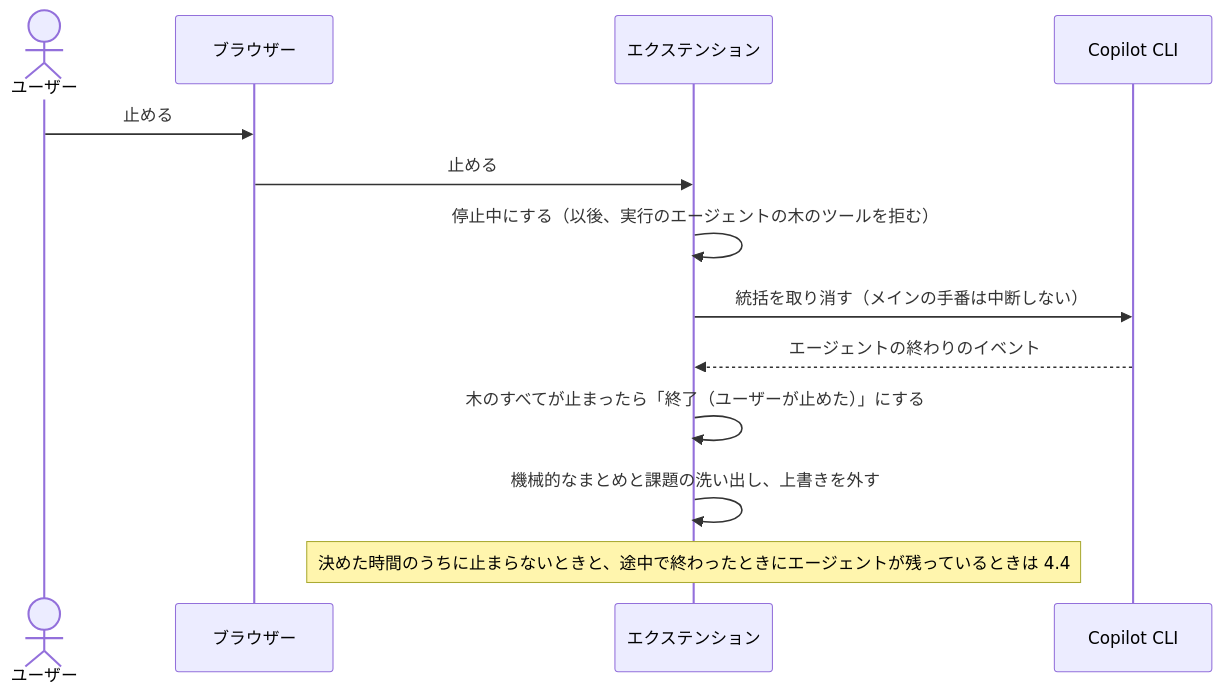
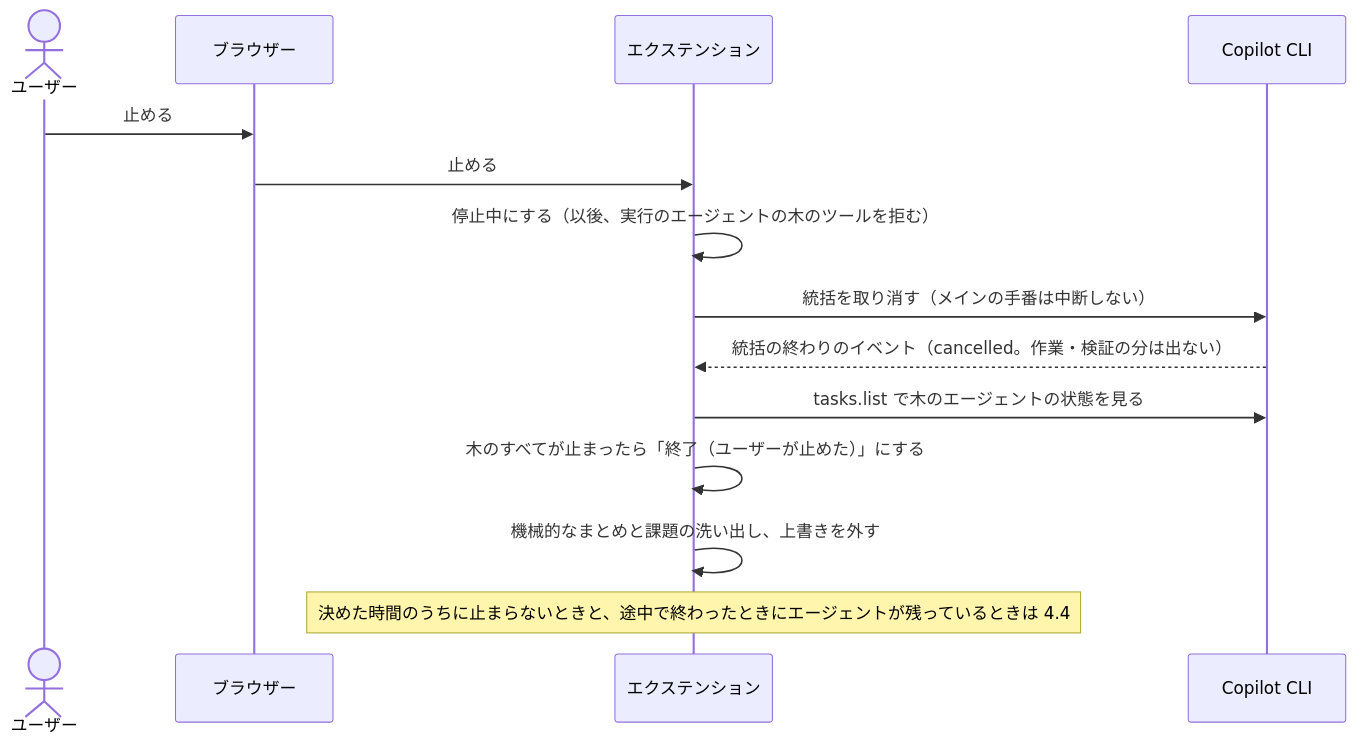
The third of 4 diagrams in docs/design/generated-plugin-structure.md (imaeda-hub/plugin-creater), drawn with Mermaid before and after one commit. The commit also changed other lines of this file and 2 other files, not shown here.

````diff
--- a/docs/design/generated-plugin-structure.md
+++ b/docs/design/generated-plugin-structure.md
@@ -524,16 +527,17 @@
 ```mermaid
 sequenceDiagram
   actor U as ユーザー
   participant B as ブラウザー
   participant E as エクステンション
   participant C as Copilot CLI
 
   U->>B: 止める
   B->>E: 止める
   E->>E: 停止中にする（以後、実行のエージェントの木のツールを拒む）
   E->>C: 統括を取り消す（メインの手番は中断しない）
-  C-->>E: エージェントの終わりのイベント
+  C-->>E: 統括の終わりのイベント（cancelled。作業・検証の分は出ない）
+  E->>C: tasks.list で木のエージェントの状態を見る
   E->>E: 木のすべてが止まったら「終了（ユーザーが止めた）」にする
   E->>E: 機械的なまとめと課題の洗い出し、上書きを外す
   Note over E: 決めた時間のうちに止まらないときと、途中で終わったときにエージェントが残っているときは 4.4
 ```
````
